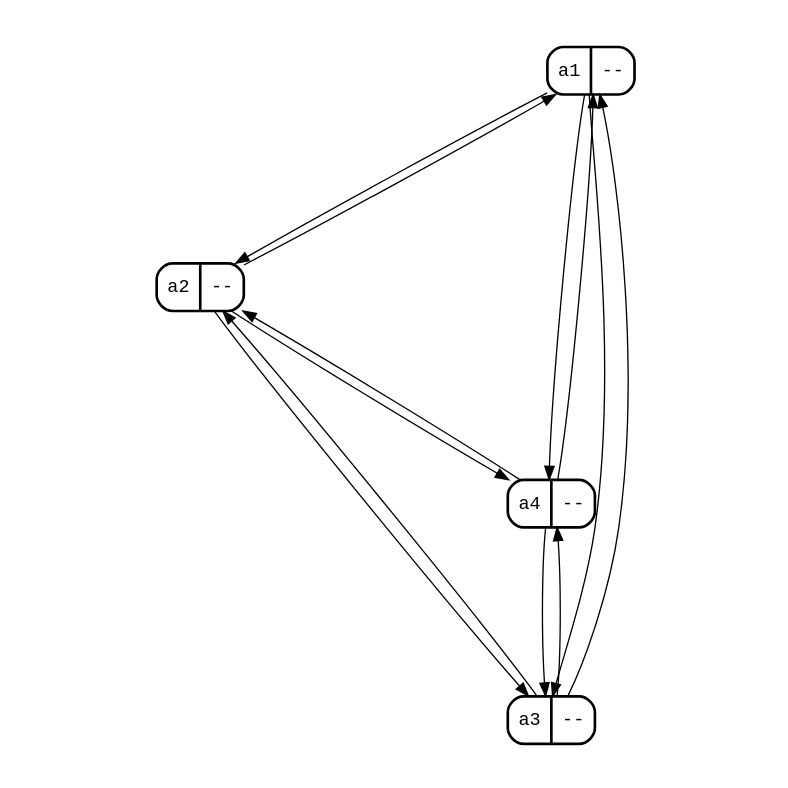
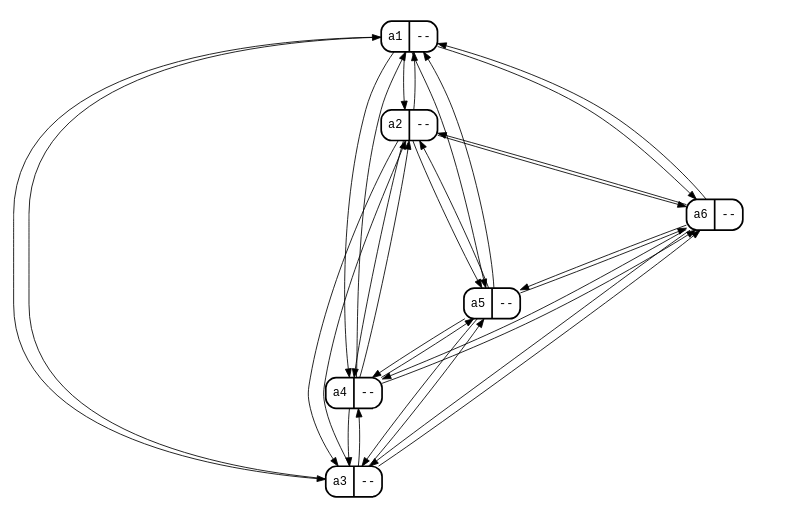
One commit to jonhoo/simio changed the diagram in examples/graphs/complete.gv. Above: the diagram before and after it, drawn with Graphviz.

Commit message:
Paxos is more interesting on larger graph

```diff
--- a/examples/graphs/complete.gv
+++ b/examples/graphs/complete.gv
@@ -1,26 +1,48 @@
 digraph {
   size="8,8!";
   ratio="fill";
   node [shape=Mrecord penwidth=2 fontname=monospace];
   edge [fontsize=12];
   a1 [label = "a1 | --"];
   a2 [label = "a2 | --"];
   a3 [label = "a3 | --"];
   a4 [label = "a4 | --"];
+  a5 [label = "a5 | --"];
+  a6 [label = "a6 | --"];
 
   a1 -> a2;
   a1 -> a3;
   a1 -> a4;
+  a1 -> a5;
+  a1 -> a6;
 
   a2 -> a1;
   a2 -> a3;
   a2 -> a4;
+  a2 -> a5;
+  a2 -> a6;
 
   a3 -> a1;
   a3 -> a2;
   a3 -> a4;
+  a3 -> a5;
+  a3 -> a6;
 
   a4 -> a1;
   a4 -> a2;
   a4 -> a3;
+  a4 -> a5;
+  a4 -> a6;
+
+  a5 -> a1;
+  a5 -> a2;
+  a5 -> a3;
+  a5 -> a4;
+  a5 -> a6;
+
+  a6 -> a1;
+  a6 -> a2;
+  a6 -> a3;
+  a6 -> a4;
+  a6 -> a5;
 }
```
